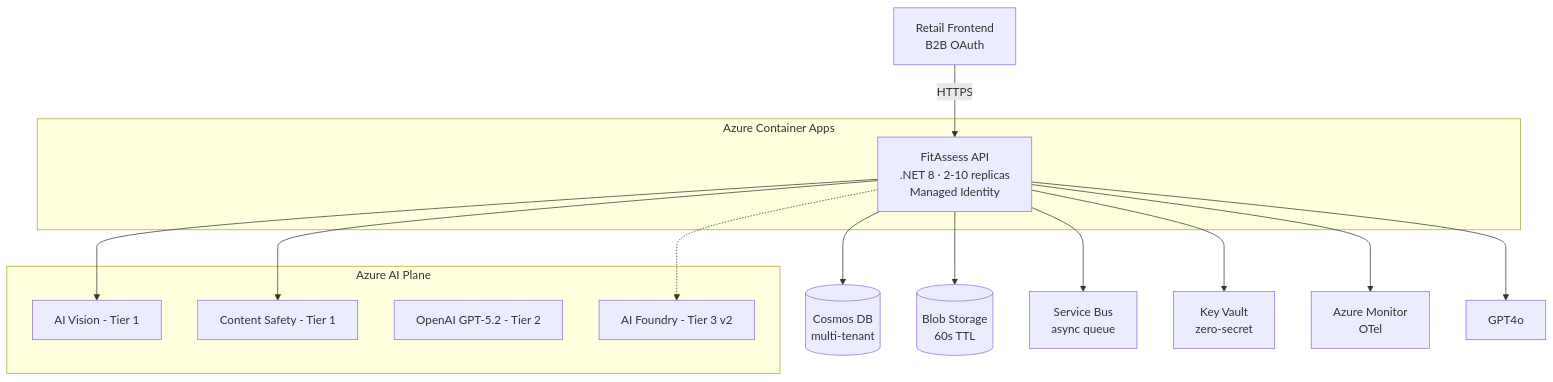
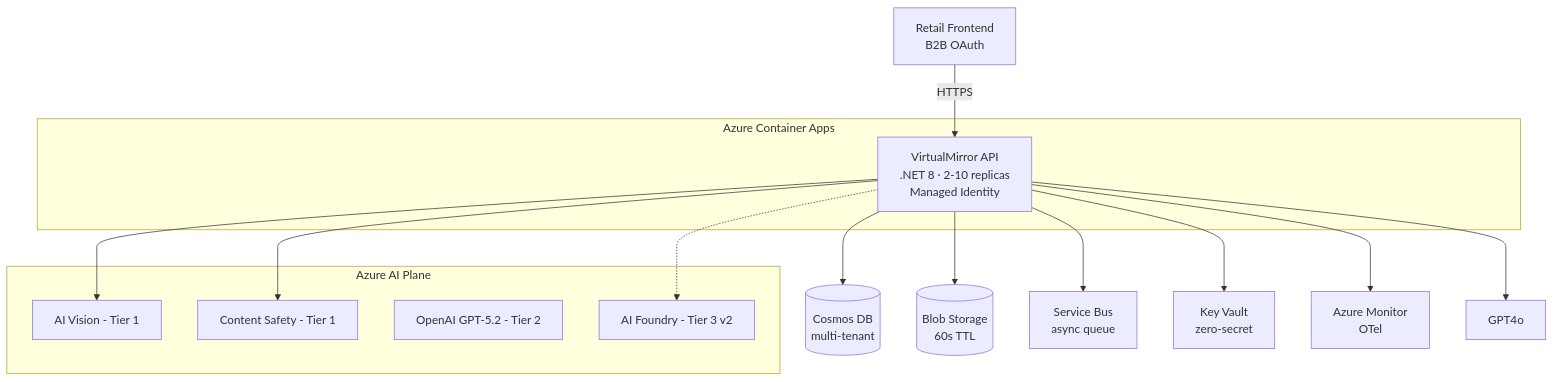
The ninth of 12 diagrams in docs/architecture/diagrams-mermaid.md (akhayash/RetailTeam-workshop), drawn with Mermaid before and after one commit. The commit also changed other lines of this file and 14 other files, not shown here.

First line of the commit message:
docs: rename FitAssess to VirtualMirror across all project docs

````diff
--- a/docs/architecture/diagrams-mermaid.md
+++ b/docs/architecture/diagrams-mermaid.md
@@ -390,32 +390,32 @@
 ```mermaid
 graph TB
     RetailFE[Retail Frontend<br/>B2B OAuth]
 
     subgraph Azure Container Apps
-        API[FitAssess API<br/>.NET 8 · 2-10 replicas<br/>Managed Identity]
+        API[VirtualMirror API<br/>.NET 8 · 2-10 replicas<br/>Managed Identity]
     end
 
     subgraph Azure AI Plane
         Vision[AI Vision - Tier 1]
         Safety[Content Safety - Tier 1]
         GPT52[OpenAI GPT-5.2 - Tier 2]
         Foundry[AI Foundry - Tier 3 v2]
     end
 
     Cosmos[(Cosmos DB<br/>multi-tenant)]
     Blob[(Blob Storage<br/>60s TTL)]
     SB[Service Bus<br/>async queue]
     KV[Key Vault<br/>zero-secret]
     Monitor[Azure Monitor<br/>OTel]
 
     RetailFE -->|HTTPS| API
     API --> Vision
     API --> Safety
     API --> GPT4o
     API -.-> Foundry
     API --> Cosmos
     API --> Blob
     API --> SB
     API --> KV
     API --> Monitor
 ```
````
